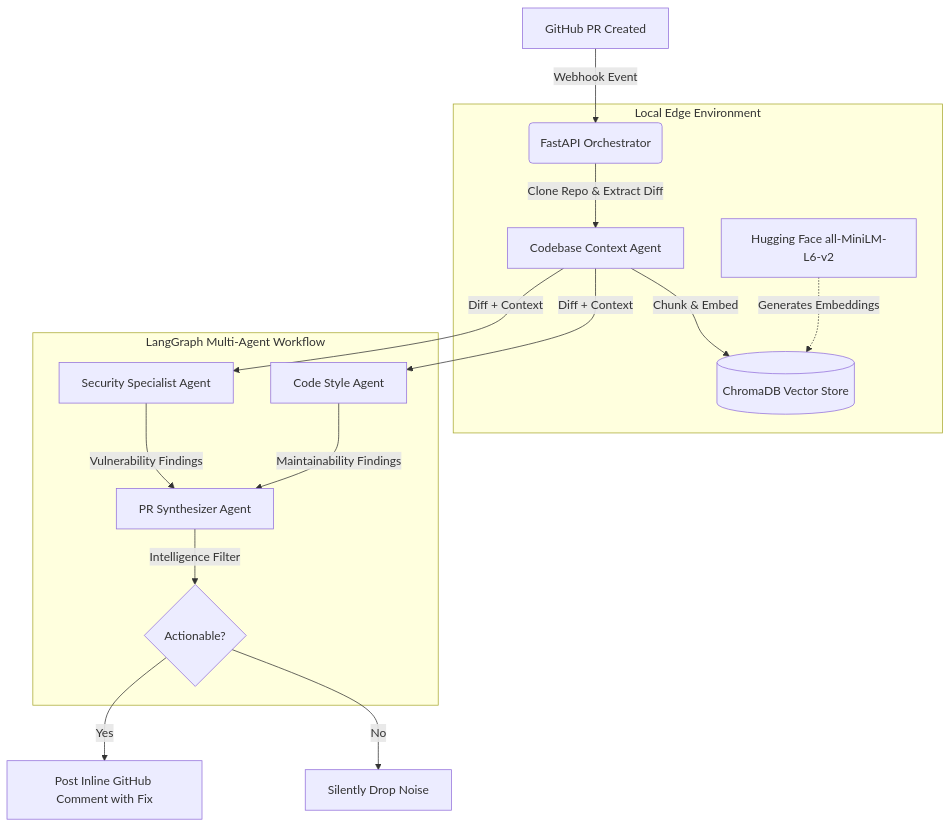
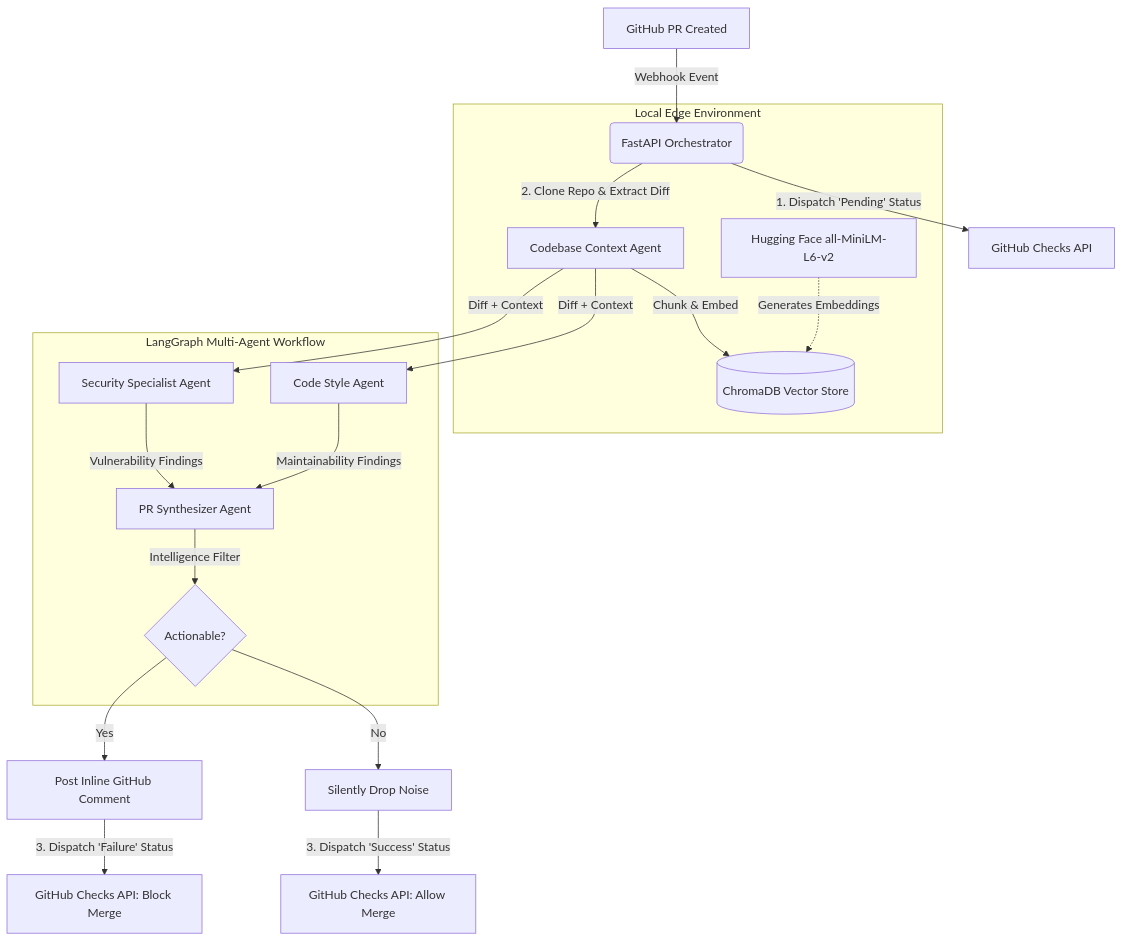
One commit to arjunajaygit/SentinelOps changed the diagram in README.md. Above: the diagram before and after it, drawn with Mermaid. The commit also changed other lines of this file, not shown here.

Commit message:
docs: update system architecture and key features for Checks API

````diff
--- a/README.md
+++ b/README.md
@@ -22,27 +22,31 @@
 ```mermaid
 graph TD
     %% Webhook Entry Point
     PR[GitHub PR Created] -->|Webhook Event| API(FastAPI Orchestrator)
+    API -->|1. Dispatch 'Pending' Status| STATUS_PENDING[GitHub Checks API]
     
     %% RAG Pipeline
     subgraph Local Edge Environment
-        API -->|Clone Repo & Extract Diff| RAG[Codebase Context Agent]
+        API -->|2. Clone Repo & Extract Diff| RAG[Codebase Context Agent]
         RAG -->|Chunk & Embed| CHROMA[(ChromaDB Vector Store)]
         HF[Hugging Face all-MiniLM-L6-v2] -.->|Generates Embeddings| CHROMA
     end
 
     %% Multi-Agent Workflow
     subgraph LangGraph Multi-Agent Workflow
         RAG -->|Diff + Context| SEC[Security Specialist Agent]
         RAG -->|Diff + Context| STY[Code Style Agent]
         
         SEC -->|Vulnerability Findings| SYN[PR Synthesizer Agent]
         STY -->|Maintainability Findings| SYN
         
         SYN -->|Intelligence Filter| FILTER{Actionable?}
     end
 
     %% Output
-    FILTER -->|Yes| POST[Post Inline GitHub Comment with Fix]
+    FILTER -->|Yes| POST[Post Inline GitHub Comment]
     FILTER -->|No| DROP[Silently Drop Noise]
+    
+    POST -->|3. Dispatch 'Failure' Status| STATUS_FAIL[GitHub Checks API: Block Merge]
+    DROP -->|3. Dispatch 'Success' Status| STATUS_PASS[GitHub Checks API: Allow Merge]
 ```
````
